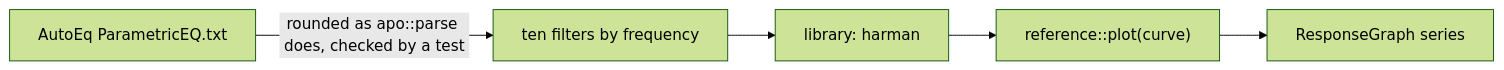
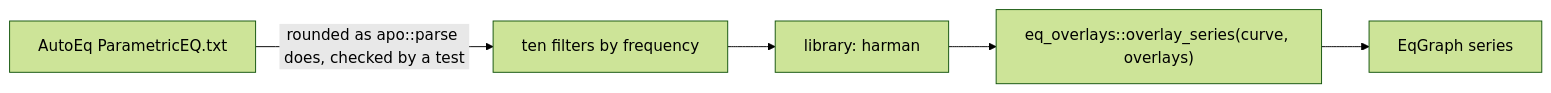
Before and after one commit to marcelogm/arctis-companion: the third of 5 diagrams in docs/architecture/presets.md, drawn with Mermaid (forest theme). The commit also changed other lines of this file and 25 other files, not shown here.

Commit message:
feat(ui): overlay the headset response and a target on the equalizer graph

````diff
--- a/docs/architecture/presets.md
+++ b/docs/architecture/presets.md
@@ -85,7 +89,7 @@
 ```mermaid
 flowchart LR
     A["AutoEq ParametricEQ.txt"] -- "rounded as apo::parse does, checked by a test" --> C["ten filters by frequency"]
     C --> L["library: harman"]
-    L --> G["reference::plot(curve)"]
-    G --> U["ResponseGraph series"]
+    L --> G["eq_overlays::overlay_series(curve, overlays)"]
+    G --> U["EqGraph series"]
 ```
````
